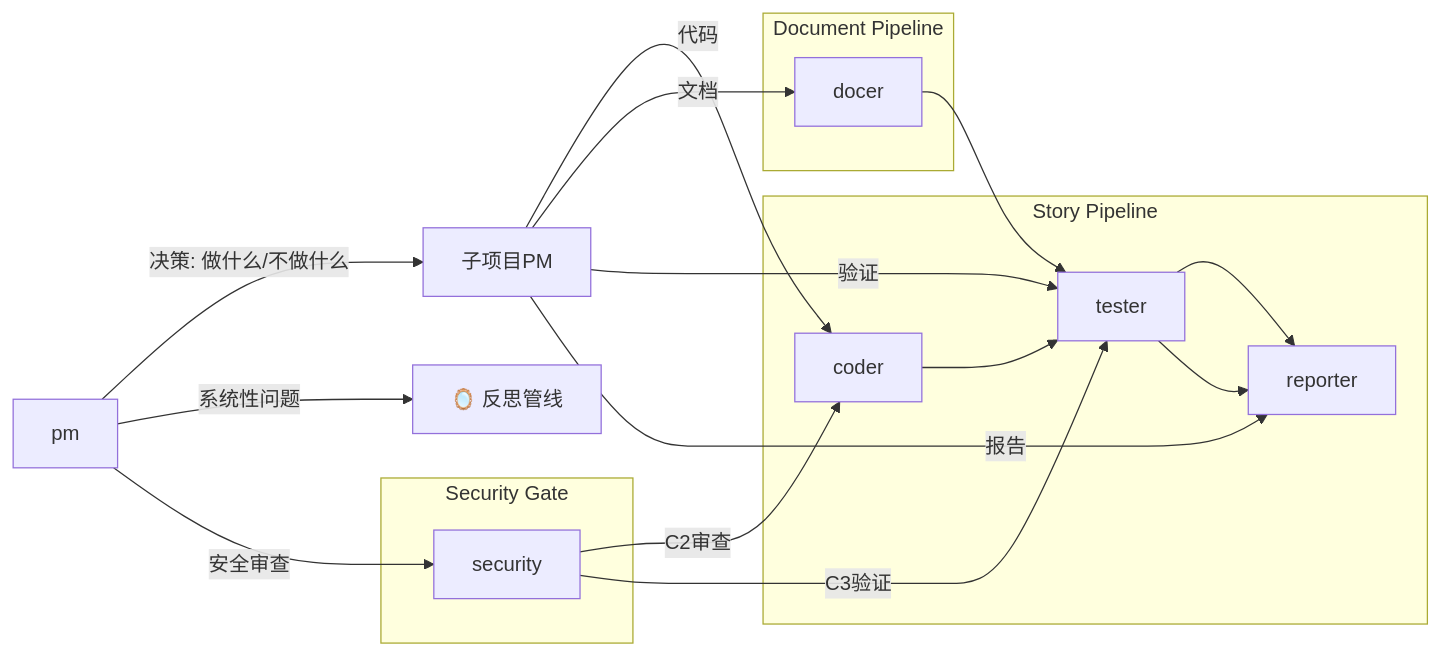
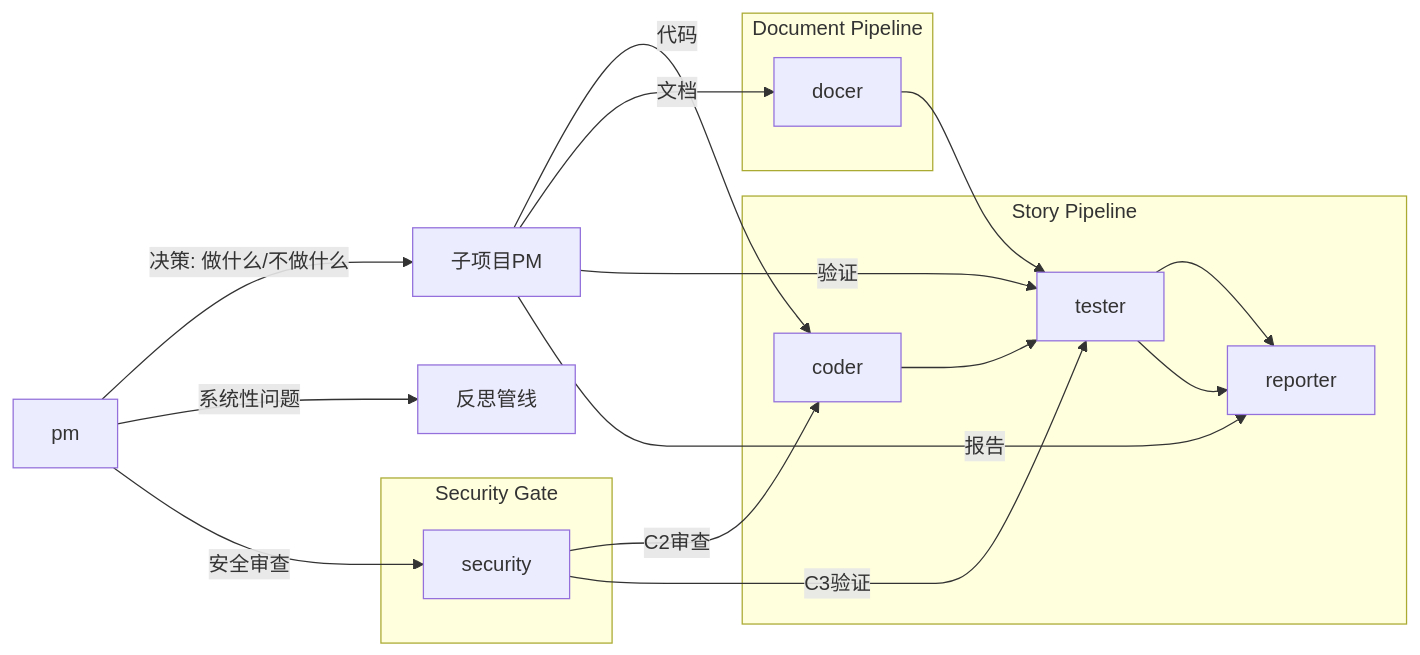
Before and after one commit to effiy/YrY: the diagram in agents/AGENT.md, drawn with Mermaid. The commit also changed other lines of this file and 4 other files, not shown here.

````diff
--- a/agents/AGENT.md
+++ b/agents/AGENT.md
@@ -5,21 +5,21 @@
 ```mermaid
 graph LR
     pm -->|决策: 做什么/不做什么| SUB["子项目PM"]
-    pm -->|系统性问题| S_REFLECT["🪞 反思管线"]
+    pm -->|系统性问题| S_REFLECT["反思管线"]
     SUB -->|代码| coder
     SUB -->|文档| docer
     SUB -->|验证| tester
     SUB -->|报告| reporter
     pm -->|安全审查| security
 
     subgraph "Story Pipeline"
         coder --> tester --> reporter
     end
     subgraph "Document Pipeline"
         docer --> tester --> reporter
     end
     subgraph "Security Gate"
         security -->|C2审查| coder
         security -->|C3验证| tester
     end
 ```
````
